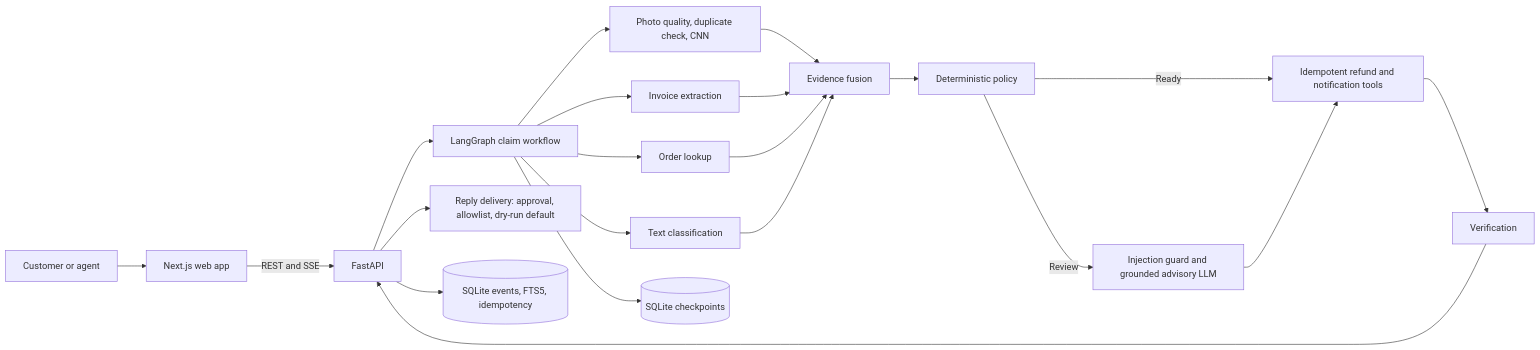
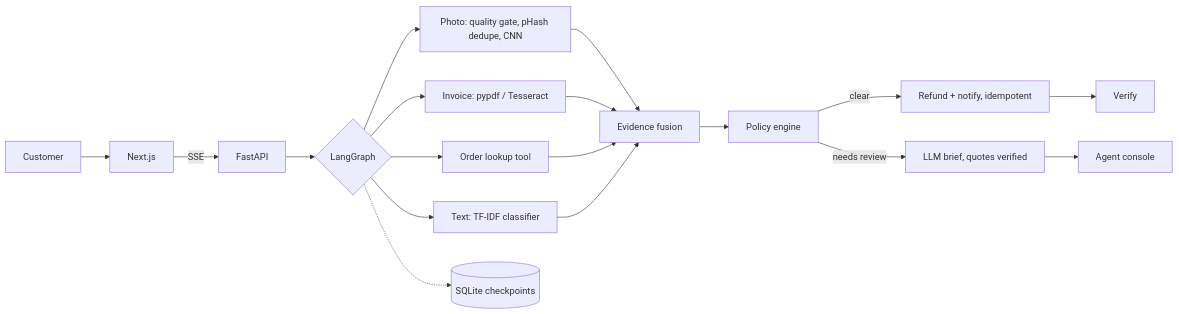
Before and after one commit to lakshaysharmaug22-crypto/Nyaya-Evidence-Grounded-Multimodal-Claim-Resolution-Agent: the diagram in README.md, drawn with Mermaid. The commit also changed other lines of this file and 7 other files, not shown here.

````diff
--- a/README.md
+++ b/README.md
@@ -35,23 +31,17 @@
 ```mermaid
 flowchart LR
-    C[Customer or agent] --> W[Next.js web app]
-    W -->|REST and SSE| A[FastAPI]
-    A --> G[LangGraph claim workflow]
-    G --> P[Photo quality, duplicate check, CNN]
-    G --> I[Invoice extraction]
-    G --> O[Order lookup]
-    G --> T[Text classification]
-    P --> F[Evidence fusion]
-    I --> F
-    O --> F
-    T --> F
-    F --> D[Deterministic policy]
-    D -->|Ready| X[Idempotent refund and notification tools]
-    D -->|Review| L[Injection guard and grounded advisory LLM]
-    L --> X
-    X --> V[Verification]
-    V --> A
-    A --> R[Reply delivery: approval, allowlist, dry-run default]
-    G --> S[(SQLite checkpoints)]
-    A --> Q[(SQLite events, FTS5, idempotency)]
+    C[Customer] --> W[Next.js]
+    W -->|SSE| A[FastAPI]
+    A --> G{LangGraph}
+    G --> P[Photo: quality gate, pHash dedupe, CNN]
+    G --> I[Invoice: pypdf / Tesseract]
+    G --> O[Order lookup tool]
+    G --> T[Text: TF-IDF classifier]
+    P & I & O & T --> F[Evidence fusion]
+    F --> D[Policy engine]
+    D -->|clear| X[Refund + notify, idempotent]
+    D -->|needs review| L[LLM brief, quotes verified]
+    L --> H[Agent console]
+    X --> V[Verify]
+    G -.-> S[(SQLite checkpoints)]
 ```
````
